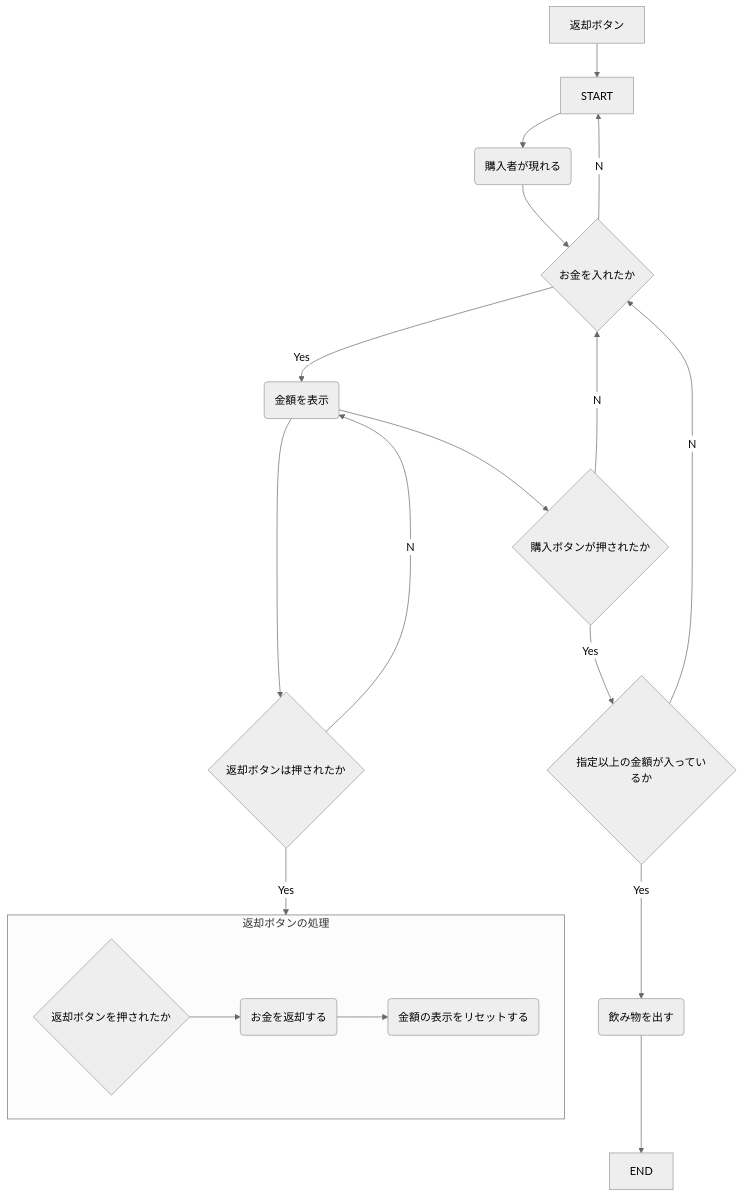
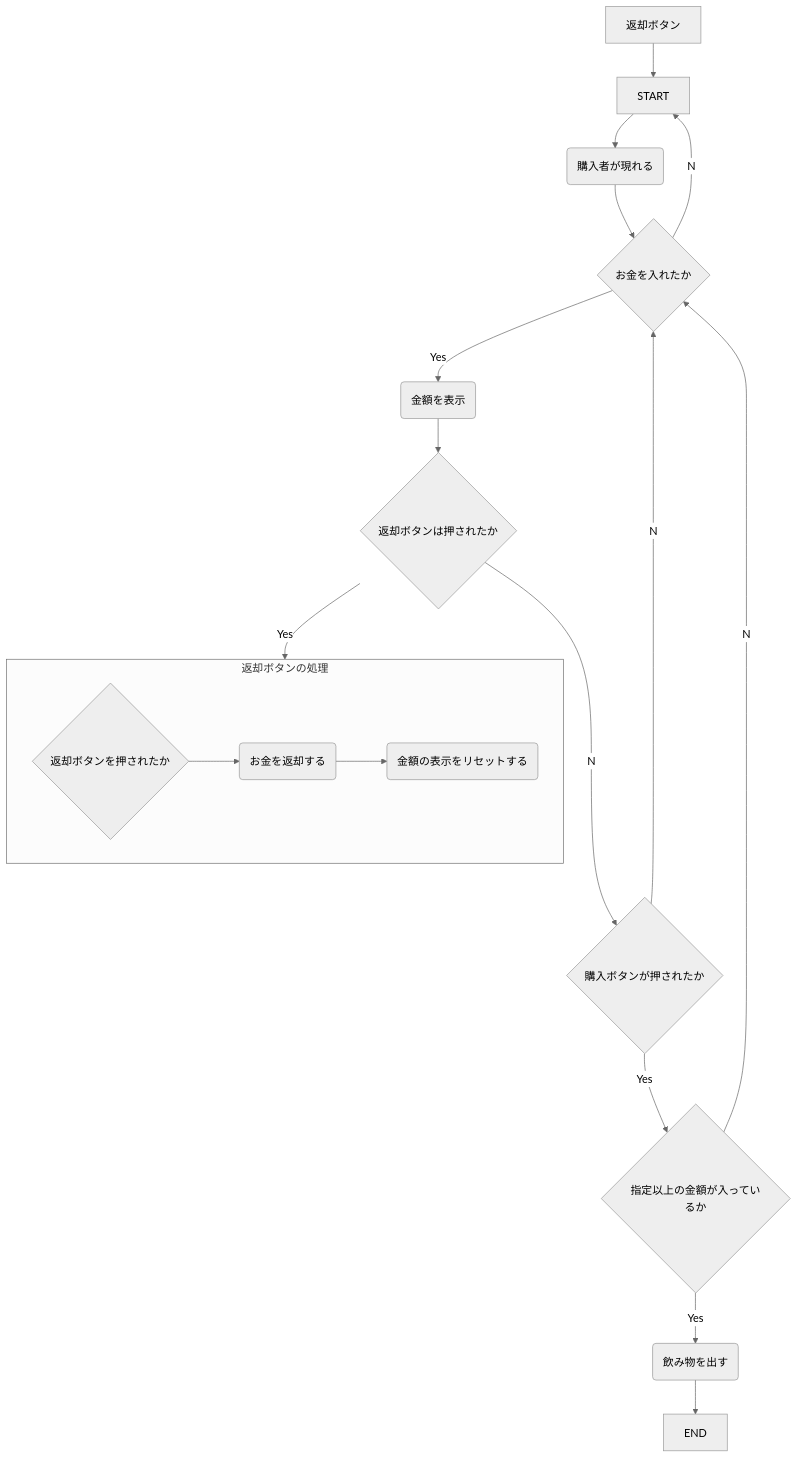
One commit to tpu-game-2022/mermaid_test changed the diagram in README.md. Above: the diagram before and after it, drawn with Mermaid (neutral theme).

Commit message:
フローチャートを変更した

````diff
--- a/README.md
+++ b/README.md
@@ -20,21 +20,20 @@
 ```mermaid
 flowchart TB
   START-->A(購入者が現れる)
   A(購入者が現れる)-->B{お金を入れたか}
   B--Yes-->C(金額を表示)
   B--No-->START
   C-->D{返却ボタンは押されたか}
   D--Yes-->返却ボタンの処理
-  D--No-->C
+  D--No-->E{購入ボタンが押されたか}
     subgraph 返却ボタンの処理
     direction LR
       D1{返却ボタンを押されたか}-->D2(お金を返却する)-->D3(金額の表示をリセットする)
     end
   返却ボタン-->START
-  C-->E{購入ボタンが押されたか}
   E{購入ボタンが押されたか}--Yes-->F{指定以上の金額が入っているか}
   E--No-->B
   F--Yes-->G(飲み物を出す)
   F--No-->B
   G-->END
 ```
````
